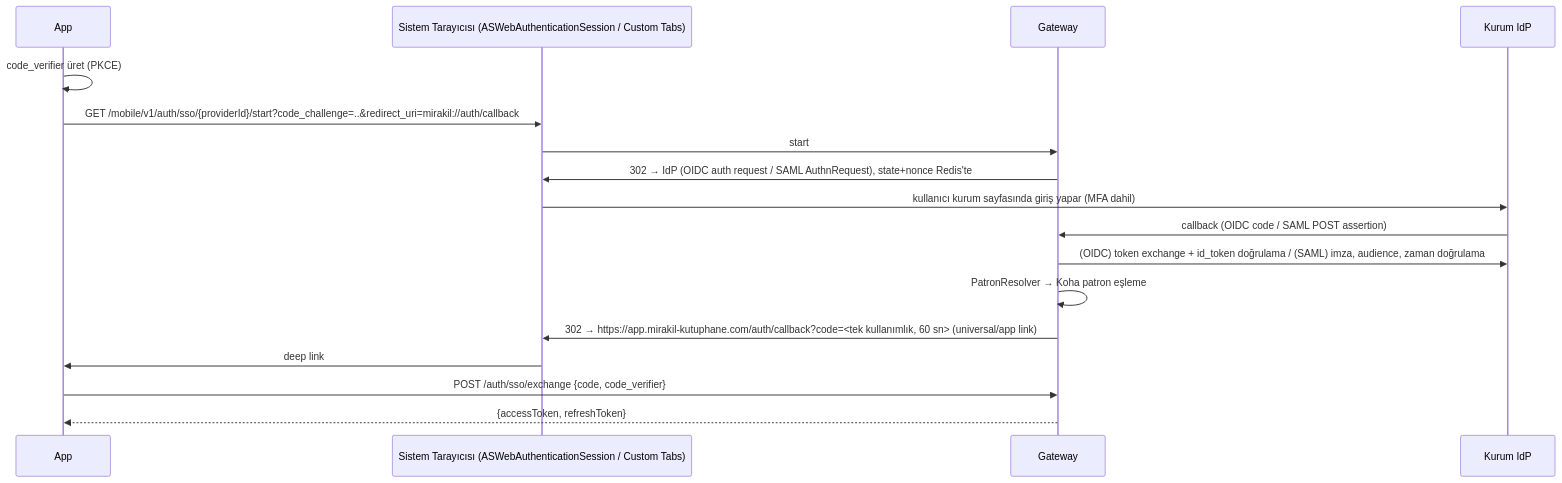
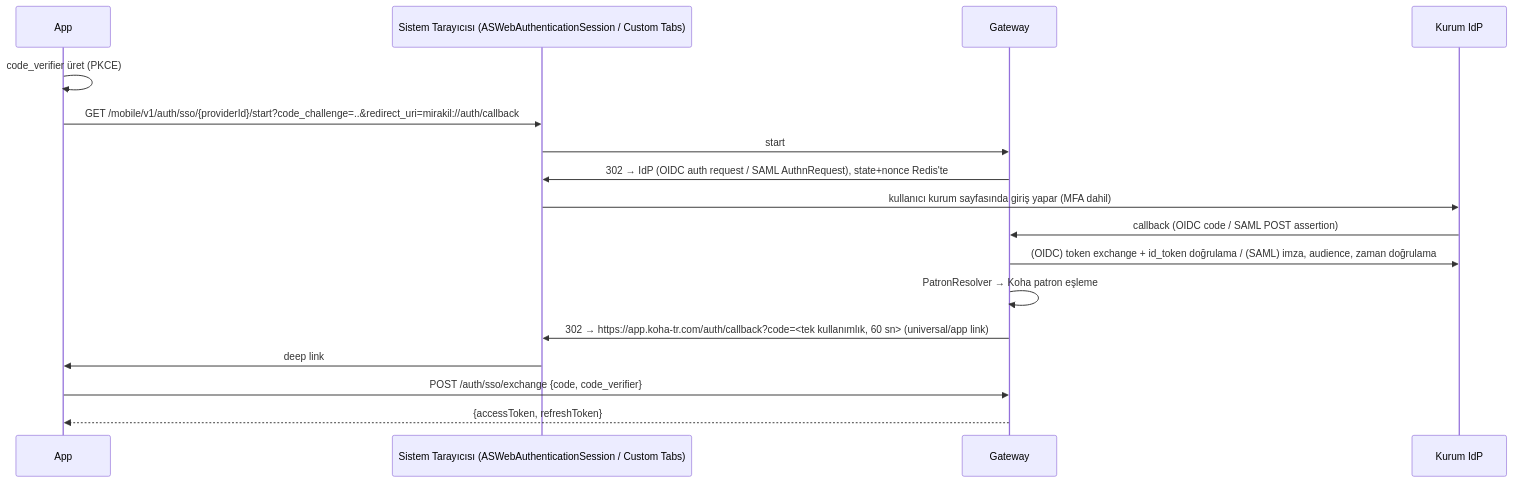
The third of 3 diagrams in docs/AUTHENTICATION.md (mehmetfatruk/kohamobil), drawn with Mermaid before and after one commit. The commit also changed 6 other files, not shown here.

First line of the commit message:
docs: record D9–D21 (secrets policy, koha-tr.com domains, pilot server, Koha test env, KVKK)

````diff
--- a/docs/AUTHENTICATION.md
+++ b/docs/AUTHENTICATION.md
@@ -181,19 +181,19 @@
 ```mermaid
 sequenceDiagram
   participant App
   participant Browser as Sistem Tarayıcısı (ASWebAuthenticationSession / Custom Tabs)
   participant GW as Gateway
   participant IdP as Kurum IdP
   App->>App: code_verifier üret (PKCE)
   App->>Browser: GET /mobile/v1/auth/sso/{providerId}/start?code_challenge=..&redirect_uri=mirakil://auth/callback
   Browser->>GW: start
   GW->>Browser: 302 → IdP (OIDC auth request / SAML AuthnRequest), state+nonce Redis'te
   Browser->>IdP: kullanıcı kurum sayfasında giriş yapar (MFA dahil)
   IdP->>GW: callback (OIDC code / SAML POST assertion)
   GW->>IdP: (OIDC) token exchange + id_token doğrulama / (SAML) imza, audience, zaman doğrulama
   GW->>GW: PatronResolver → Koha patron eşleme
-  GW->>Browser: 302 → https://app.mirakil-kutuphane.com/auth/callback?code=<tek kullanımlık, 60 sn> (universal/app link)
+  GW->>Browser: 302 → https://app.koha-tr.com/auth/callback?code=<tek kullanımlık, 60 sn> (universal/app link)
   Browser->>App: deep link
   App->>GW: POST /auth/sso/exchange {code, code_verifier}
   GW-->>App: {accessToken, refreshToken}
 ```
````
